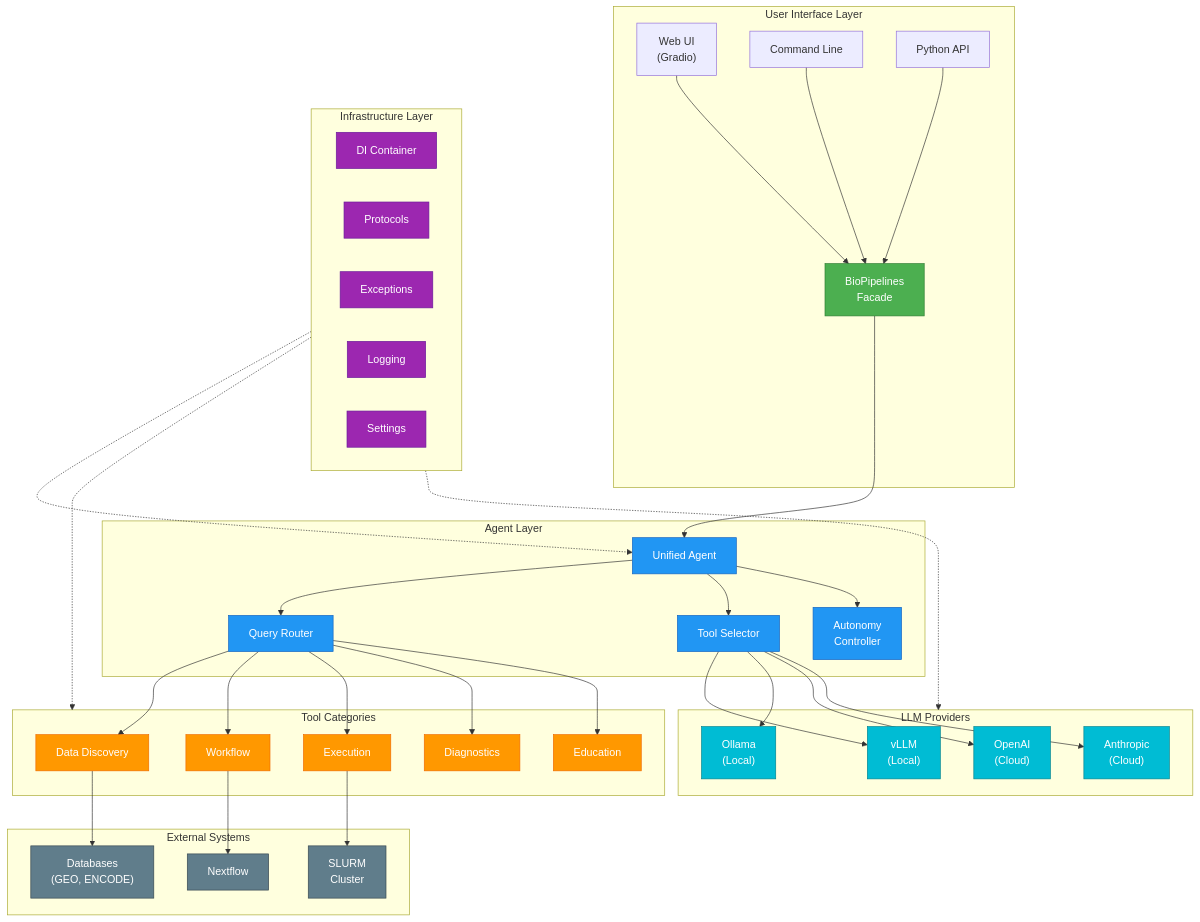
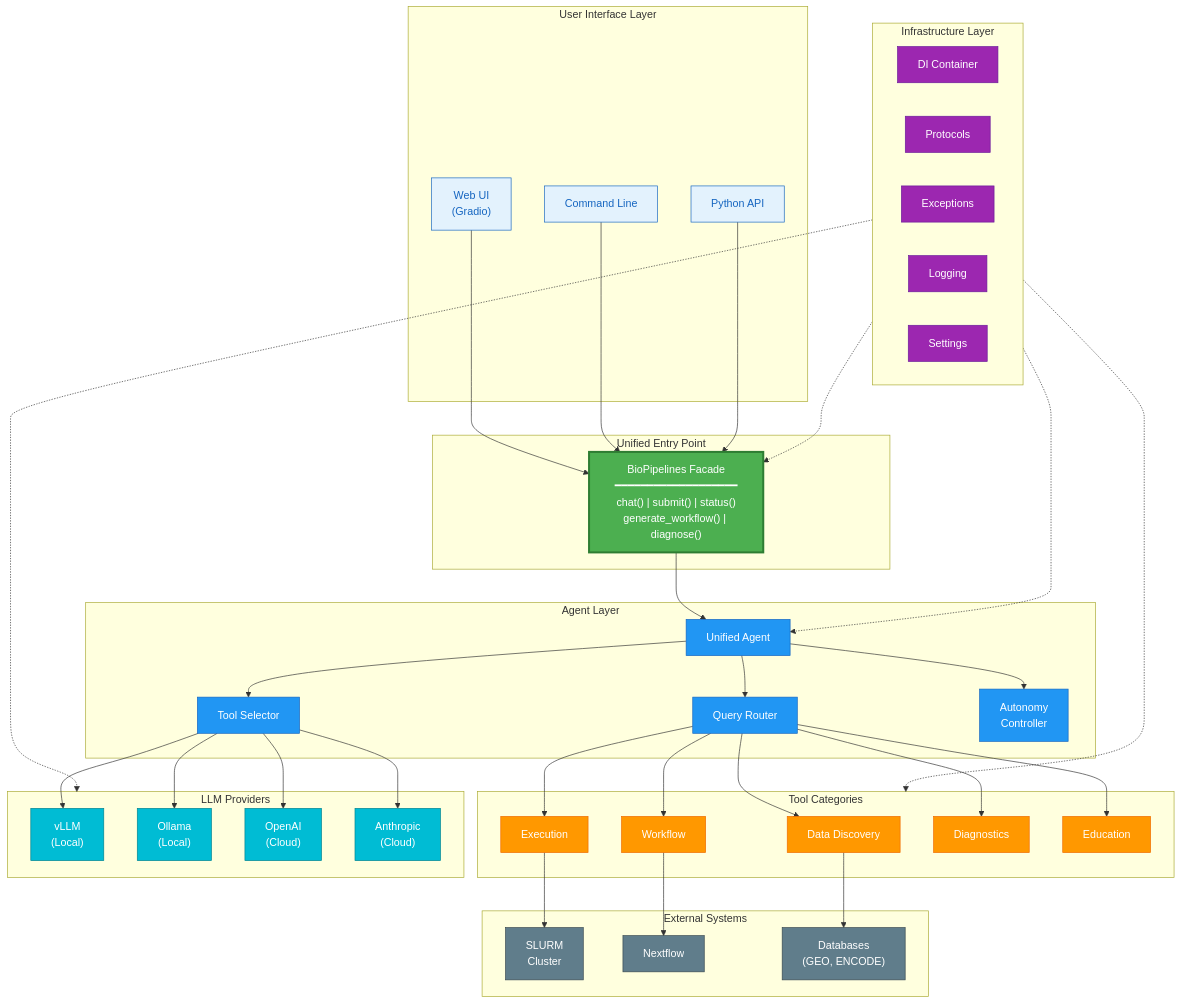
Before and after one commit to sdodlapa/BioPipelines: the diagram in docs/diagrams/architecture.mmd, drawn with Mermaid. The commit also changed 1 other file, not shown here.

Commit message:
docs: Fix architecture diagram to show Facade as common layer
- Moved BioPipelines Facade out of UI layer into its own 'Unified Entry Point' layer
- Diagram now correctly shows Web UI, CLI, and API all converging to the Facade
- Added visual emphasis (double border in ASCII, thicker stroke in Mermaid)
- Added explanatory note about Facade being the common internal layer

```diff
--- a/docs/diagrams/architecture.mmd
+++ b/docs/diagrams/architecture.mmd
@@ -1,88 +1,94 @@
 %% BioPipelines v2.0 Architecture Diagram
 %% Render with: https://mermaid.live or VS Code Mermaid extension
 
 graph TB
     subgraph UI["User Interface Layer"]
         WebUI["Web UI<br/>(Gradio)"]
         CLI["Command Line"]
         API["Python API"]
-        Facade["BioPipelines<br/>Facade"]
+    end
+
+    subgraph FacadeLayer["Unified Entry Point"]
+        Facade["BioPipelines Facade<br/>━━━━━━━━━━━━━━━━━━━<br/>chat() | submit() | status()<br/>generate_workflow() | diagnose()"]
     end
 
     subgraph Agent["Agent Layer"]
         UA["Unified Agent"]
         QR["Query Router"]
         TS["Tool Selector"]
         AC["Autonomy<br/>Controller"]
     end
 
     subgraph Tools["Tool Categories"]
         DD["Data Discovery"]
         WF["Workflow"]
         EX["Execution"]
         DG["Diagnostics"]
         ED["Education"]
     end
 
     subgraph Infra["Infrastructure Layer"]
         DI["DI Container"]
         PR["Protocols"]
         EX2["Exceptions"]
         LG["Logging"]
         ST["Settings"]
     end
 
     subgraph LLM["LLM Providers"]
         VLLM["vLLM<br/>(Local)"]
         OL["Ollama<br/>(Local)"]
         OA["OpenAI<br/>(Cloud)"]
         AN["Anthropic<br/>(Cloud)"]
     end
 
     subgraph External["External Systems"]
         SLURM["SLURM<br/>Cluster"]
         NF["Nextflow"]
         DB["Databases<br/>(GEO, ENCODE)"]
     end
 
     WebUI --> Facade
     CLI --> Facade
     API --> Facade
     Facade --> UA
     
     UA --> QR
     UA --> TS
     UA --> AC
     
     QR --> DD
     QR --> WF
     QR --> EX
     QR --> DG
     QR --> ED
     
     TS --> VLLM
     TS --> OL
     TS --> OA
     TS --> AN
     
     DD --> DB
     WF --> NF
     EX --> SLURM
     
+    Infra -.-> Facade
     Infra -.-> UA
     Infra -.-> Tools
     Infra -.-> LLM
 
-    classDef facade fill:#4CAF50,stroke:#2E7D32,color:white
+    classDef ui fill:#E3F2FD,stroke:#1565C0,color:#1565C0
+    classDef facade fill:#4CAF50,stroke:#2E7D32,color:white,stroke-width:3px
     classDef agent fill:#2196F3,stroke:#1565C0,color:white
     classDef tool fill:#FF9800,stroke:#EF6C00,color:white
     classDef infra fill:#9C27B0,stroke:#6A1B9A,color:white
     classDef llm fill:#00BCD4,stroke:#00838F,color:white
     classDef external fill:#607D8B,stroke:#37474F,color:white
 
+    class WebUI,CLI,API ui
     class Facade facade
     class UA,QR,TS,AC agent
     class DD,WF,EX,DG,ED tool
     class DI,PR,EX2,LG,ST infra
     class VLLM,OL,OA,AN llm
     class SLURM,NF,DB external
```
